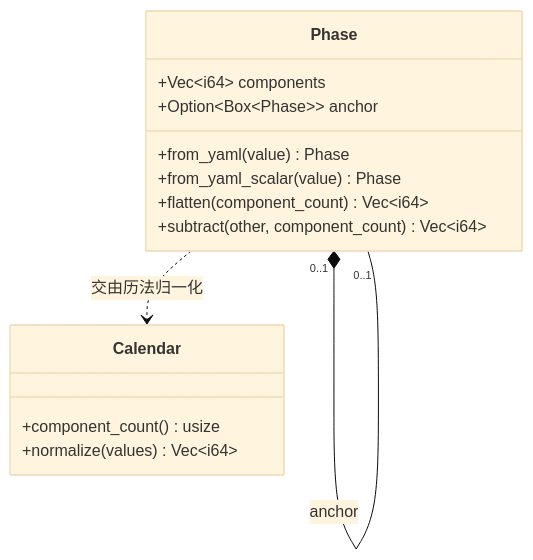
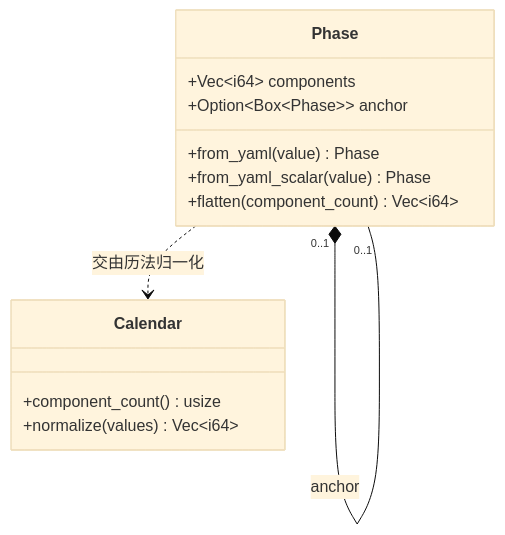
The first of 2 diagrams in docs/src/design/phase.md (asinkLuno/weft), drawn with Mermaid (base theme) before and after one commit. The commit also changed other lines of this file and 5 other files, not shown here.

````diff
--- a/docs/src/design/phase.md
+++ b/docs/src/design/phase.md
@@ -5,17 +5,16 @@
 ```mermaid
 classDiagram
     class Phase {
         +Vec~i64~ components
         +Option~Box~Phase~~ anchor
         +from_yaml(value) Phase
         +from_yaml_scalar(value) Phase
         +flatten(component_count) Vec~i64~
-        +subtract(other, component_count) Vec~i64~
     }
     class Calendar {
         +component_count() usize
         +normalize(values) Vec~i64~
     }
     Phase "0..1" *-- "0..1" Phase : anchor
     Phase ..> Calendar : 交由历法归一化
 ```
````
